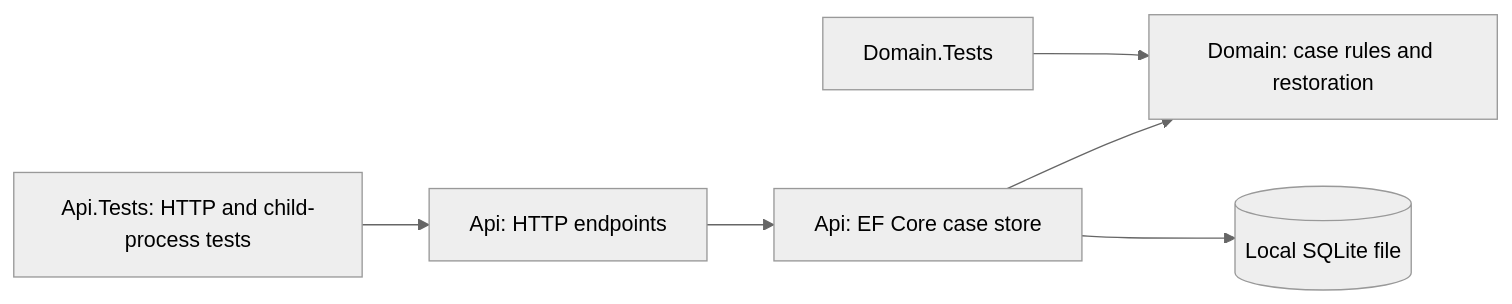
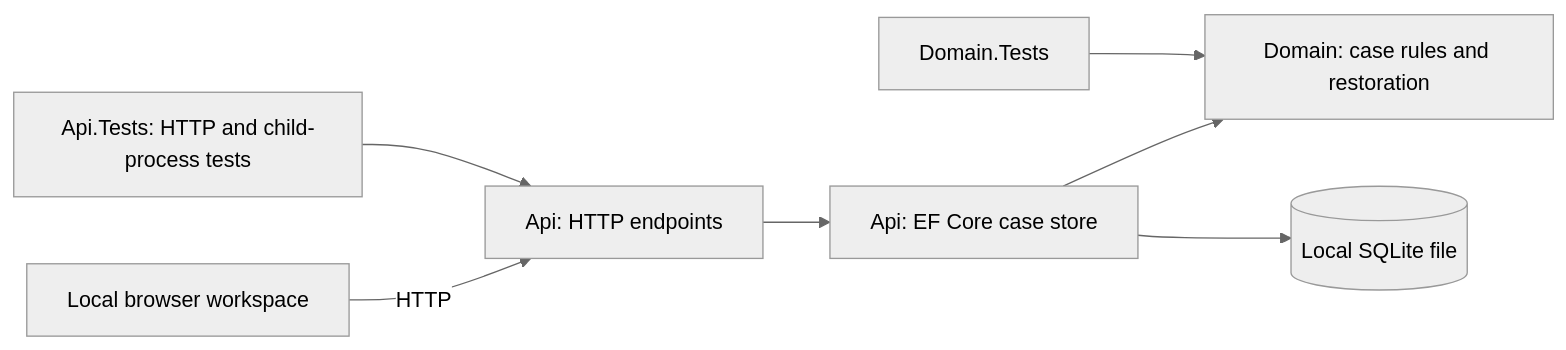
The first of 2 diagrams in docs/architecture/overview.md (shivamchopra/enterprise-case-intelligence), drawn with Mermaid (neutral theme) before and after one commit. The commit also changed other lines of this file and 21 other files, not shown here.

Commit message:
feat: add a local browser case workspace

````diff
--- a/docs/architecture/overview.md
+++ b/docs/architecture/overview.md
@@ -11,8 +11,9 @@
 ```mermaid
 flowchart LR
+    Browser[Local browser workspace] -->|HTTP| Api
     ApiTests[Api.Tests: HTTP and child-process tests] --> Api[Api: HTTP endpoints]
     Api --> Store[Api: EF Core case store]
     Store --> Domain[Domain: case rules and restoration]
     Store --> Database[(Local SQLite file)]
     DomainTests[Domain.Tests] --> Domain
 ```
````
